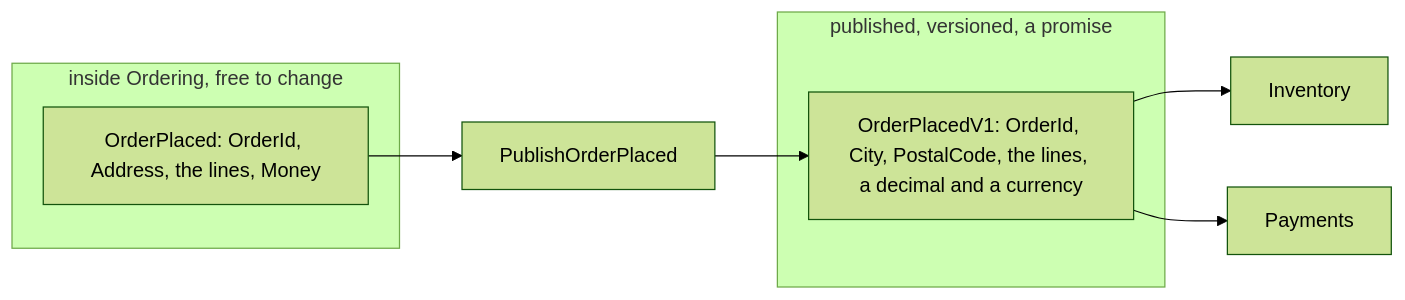
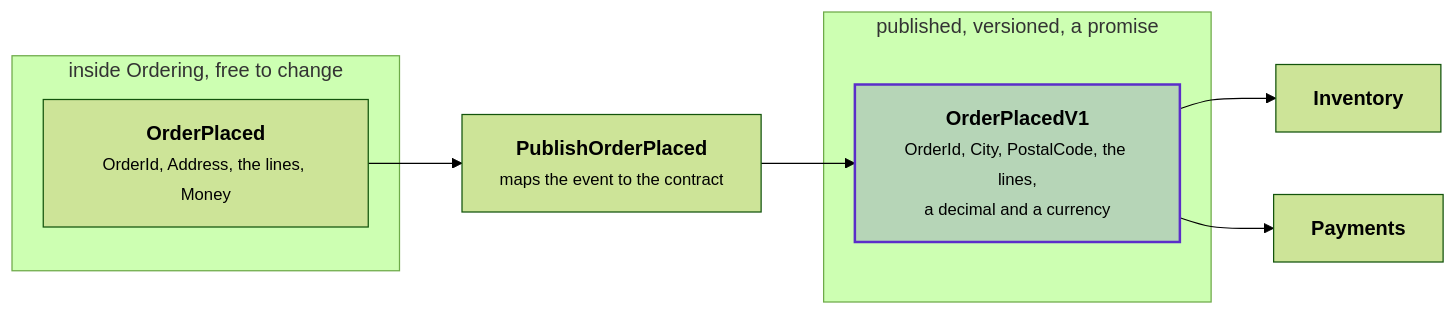
Before and after one commit to DylanSnel/DDDToolkit: the first of 7 diagrams in docs/integration-events.md, drawn with Mermaid (forest theme). The commit also changed other lines of this file and 41 other files, not shown here.

First line of the commit message:
Docs: plain prose, one word per concept, and readable diagrams on every page

````diff
--- a/docs/integration-events.md
+++ b/docs/integration-events.md
@@ -46,13 +47,16 @@
 ```mermaid
 flowchart LR
     subgraph inside ["inside Ordering, free to change"]
-        Event["OrderPlaced: OrderId, Address, the lines, Money"]
+        event["<b>OrderPlaced</b><br/><small>OrderId, Address, the lines, Money</small>"]
     end
-    Publish["PublishOrderPlaced"]
+    publish["<b>PublishOrderPlaced</b><br/><small>maps the event to the contract</small>"]
     subgraph published ["published, versioned, a promise"]
-        Contract["OrderPlacedV1: OrderId, City, PostalCode, the lines, a decimal and a currency"]
+        contract["<b>OrderPlacedV1</b><br/><small>OrderId, City, PostalCode, the lines,<br/>a decimal and a currency</small>"]
     end
-    Event --> Publish --> Contract
-    Contract --> Inventory["Inventory"]
-    Contract --> Payments["Payments"]
+    event --> publish
+    publish --> contract
+    contract --> inventory["<b>Inventory</b>"]
+    contract --> payments["<b>Payments</b>"]
+    classDef strong fill:#5b2ec933,stroke:#5b2ec9,stroke-width:2px
+    class contract strong
 ```
````
